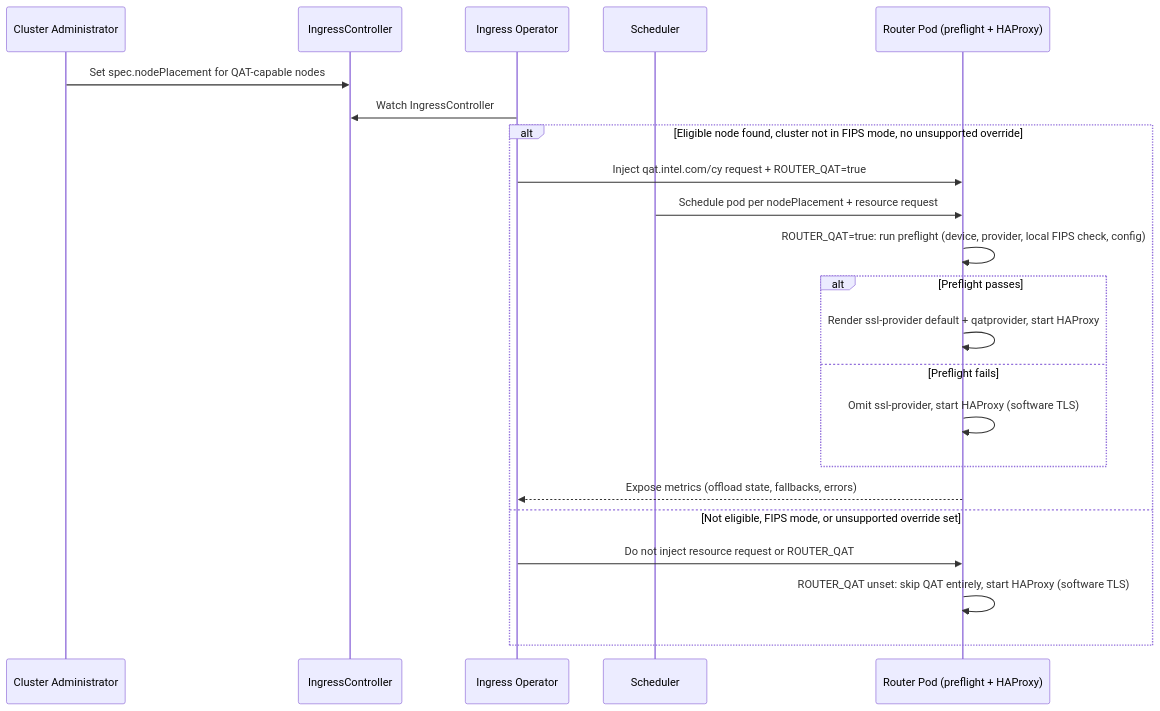
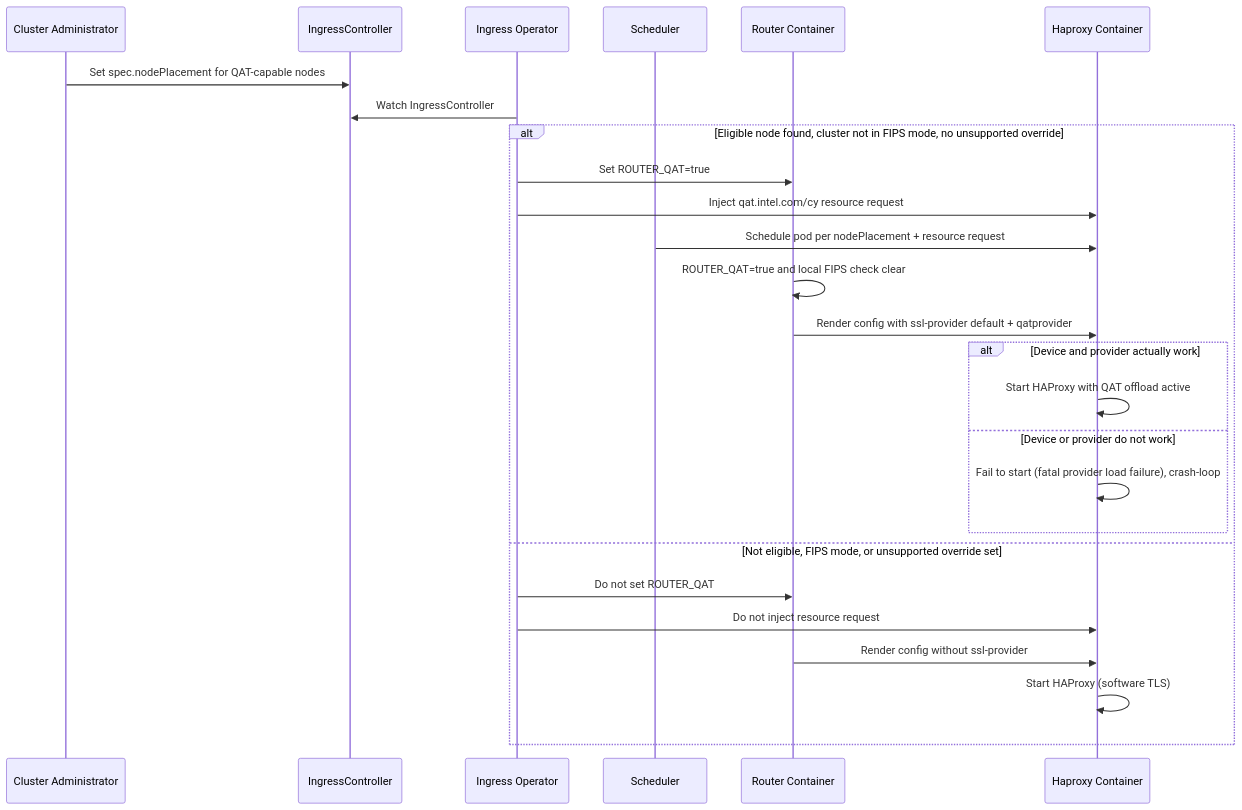
One commit to openshift/enhancements changed the diagram in enhancements/ingress/qat-acceleration-for-ingress.md. Above: the diagram before and after it, drawn with Mermaid. The commit also changed other lines of this file, not shown here.

Commit message:
removal of router preflight and periodic check

````diff
--- a/enhancements/ingress/qat-acceleration-for-ingress.md
+++ b/enhancements/ingress/qat-acceleration-for-ingress.md
@@ -271,25 +287,29 @@
 ```mermaid
 sequenceDiagram
     participant Admin as Cluster Administrator
     participant IC as IngressController
     participant Operator as Ingress Operator
     participant Sched as Scheduler
-    participant Router as Router Pod (preflight + HAProxy)
+    participant Router as Router Container
+    participant Haproxy as Haproxy Container
 
     Admin->>IC: Set spec.nodePlacement for QAT-capable nodes
     Operator->>IC: Watch IngressController
     alt Eligible node found, cluster not in FIPS mode, no unsupported override
-        Operator->>Router: Inject qat.intel.com/cy request + ROUTER_QAT=true
-        Sched->>Router: Schedule pod per nodePlacement + resource request
-        Router->>Router: ROUTER_QAT=true: run preflight (device, provider, local FIPS check, config)
-        alt Preflight passes
-            Router->>Router: Render ssl-provider default + qatprovider, start HAProxy
-        else Preflight fails
-            Router->>Router: Omit ssl-provider, start HAProxy (software TLS)
+        Operator->>Router: Set ROUTER_QAT=true
+        Operator->>Haproxy: Inject qat.intel.com/cy resource request
+        Sched->>Haproxy: Schedule pod per nodePlacement + resource request
+        Router->>Router: ROUTER_QAT=true and local FIPS check clear
+        Router->>Haproxy: Render config with ssl-provider default + qatprovider
+        alt Device and provider actually work
+            Haproxy->>Haproxy: Start HAProxy with QAT offload active
+        else Device or provider do not work
+            Haproxy->>Haproxy: Fail to start (fatal provider load failure), crash-loop
         end
-        Router-->>Operator: Expose metrics (offload state, fallbacks, errors)
     else Not eligible, FIPS mode, or unsupported override set
-        Operator->>Router: Do not inject resource request or ROUTER_QAT
-        Router->>Router: ROUTER_QAT unset: skip QAT entirely, start HAProxy (software TLS)
+        Operator->>Router: Do not set ROUTER_QAT
+        Operator->>Haproxy: Do not inject resource request
+        Router->>Haproxy: Render config without ssl-provider
+        Haproxy->>Haproxy: Start HAProxy (software TLS)
     end
 ```
````
